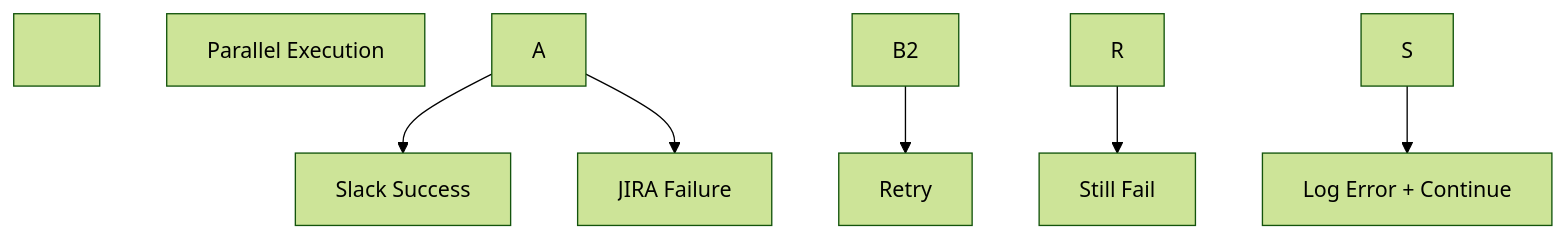
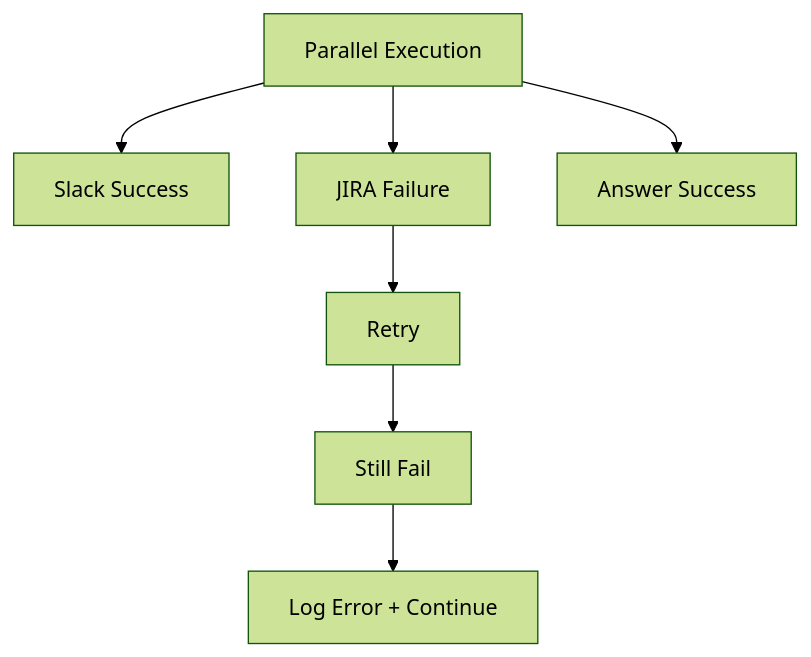
One commit to ethan-tran-mfv/aiagt-precision-triage changed diagram 11 of 13 in docs/diagram.md. Above: the diagram before and after it, drawn with Mermaid (forest theme). The commit also changed other lines of this file and 19 other files, not shown here.

````diff
--- a/docs/diagram.md
+++ b/docs/diagram.md
@@ -531,19 +307,11 @@
 ```mermaid
+flowchart TD
+    A[Parallel Execution]
+    A --> B1[Slack Success]
+    A --> B2[JIRA Failure]
+    A --> B3[Answer Success]
 
-flowchart TD
-
-&nbsp;   A\[Parallel Execution]
-
-&nbsp;   A --> B1\[Slack Success]
-
-&nbsp;   A --> B2\[JIRA Failure]
-
-
-
-&nbsp;   B2 --> R\[Retry]
-
-&nbsp;   R --> S\[Still Fail]
-
-&nbsp;   S --> F\[Log Error + Continue]
-
+    B2 --> R[Retry]
+    R --> S[Still Fail]
+    S --> F[Log Error + Continue]
 ```
````
